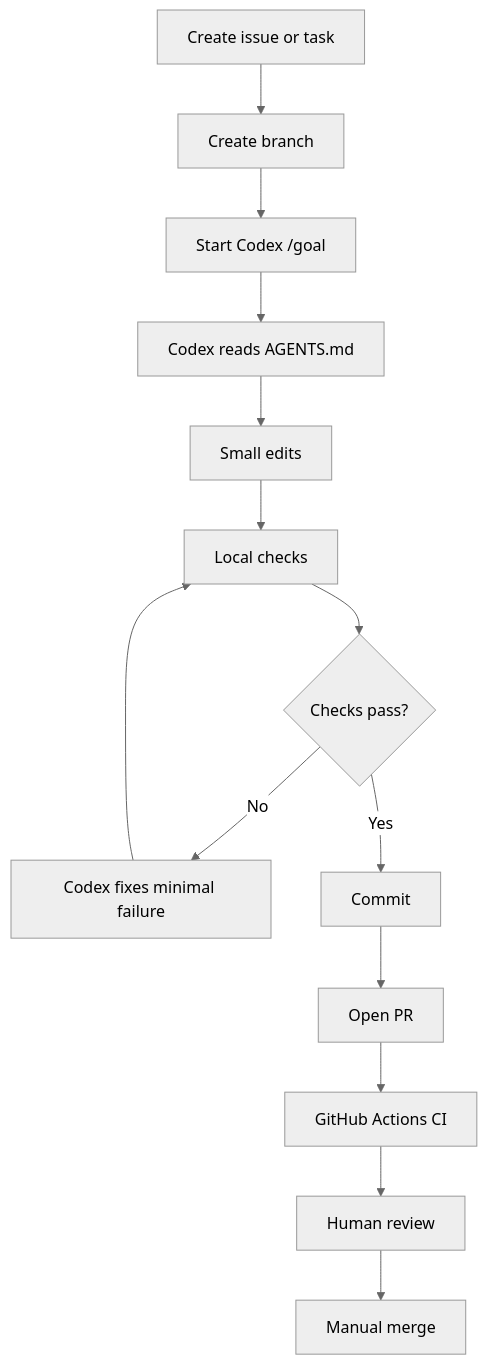
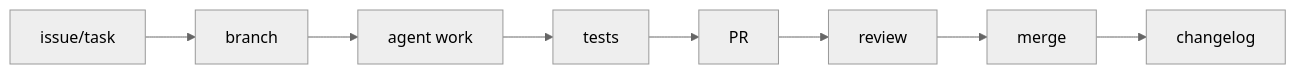
One commit to Yaked1/ai-lab-codex-workbench changed the diagram in README.md. Above: the diagram before and after it, drawn with Mermaid (neutral theme). The commit also changed other lines of this file and 20 other files, not shown here.

````diff
--- a/README.md
+++ b/README.md
@@ -91,16 +66,10 @@
 ```mermaid
-flowchart TD
-    A[Create issue or task] --> B[Create branch]
-    B --> C[Start Codex /goal]
-    C --> D[Codex reads AGENTS.md]
-    D --> E[Small edits]
-    E --> F[Local checks]
-    F --> G{Checks pass?}
-    G -- No --> H[Codex fixes minimal failure]
-    H --> F
-    G -- Yes --> I[Commit]
-    I --> J[Open PR]
-    J --> K[GitHub Actions CI]
-    K --> L[Human review]
-    L --> M[Manual merge]
+flowchart LR
+    A[issue/task] --> B[branch]
+    B --> C[agent work]
+    C --> D[tests]
+    D --> E[PR]
+    E --> F[review]
+    F --> G[merge]
+    G --> H[changelog]
 ```
````
